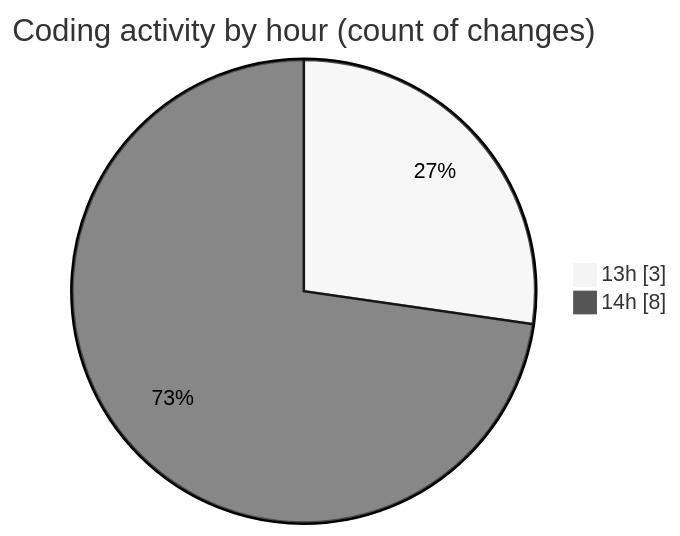
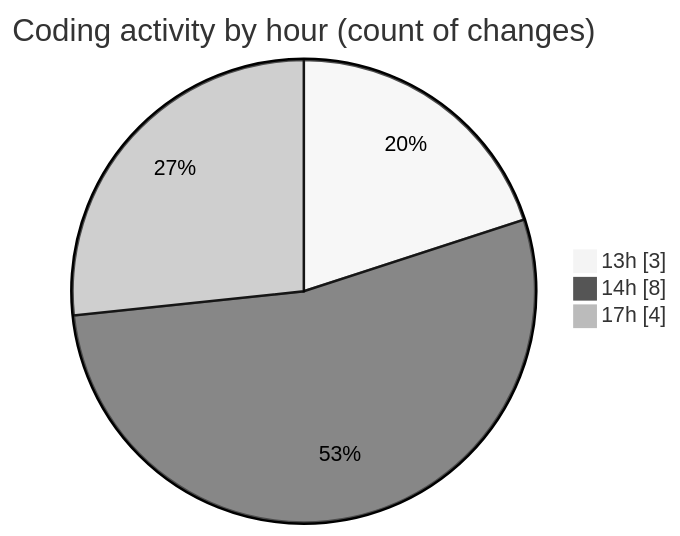
The second of 2 diagrams in 2025-02-04/recipe-page-main/README.md (NitaiMahat/code-tracking), drawn with Mermaid (neutral theme) before and after one commit. The commit also changed other lines of this file and 1 other file, not shown here.

````diff
--- a/2025-02-04/recipe-page-main/README.md
+++ b/2025-02-04/recipe-page-main/README.md
@@ -30,6 +30,7 @@
 ```mermaid
 pie showData
 title Coding activity by hour (count of changes)
 "13h" : 3
 "14h" : 8
+"17h" : 4
 ```
````
